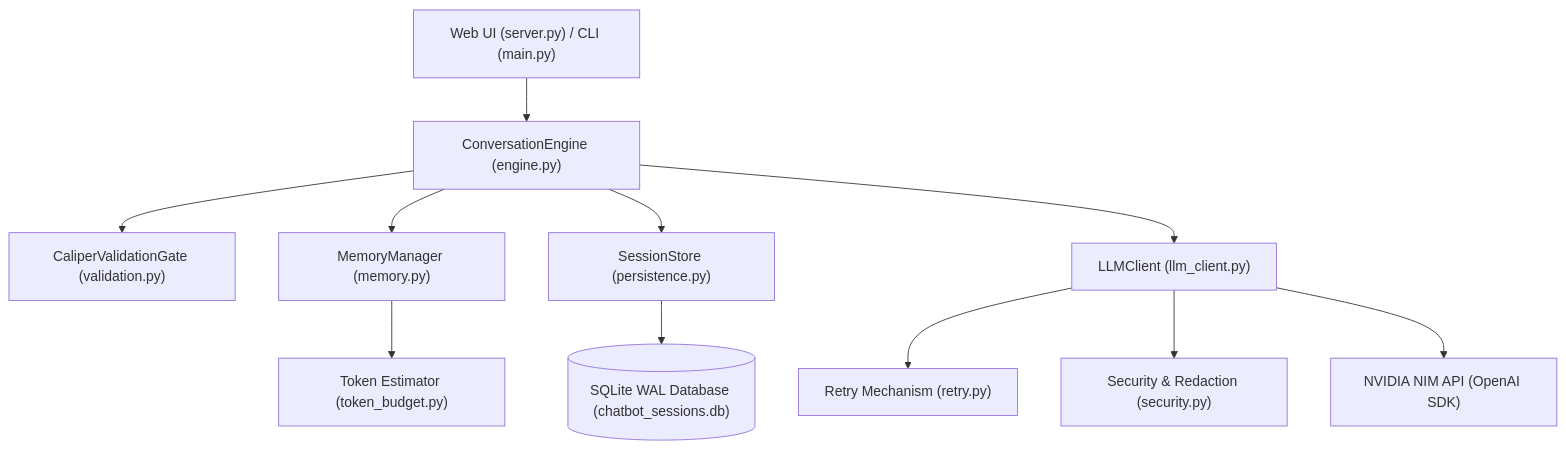
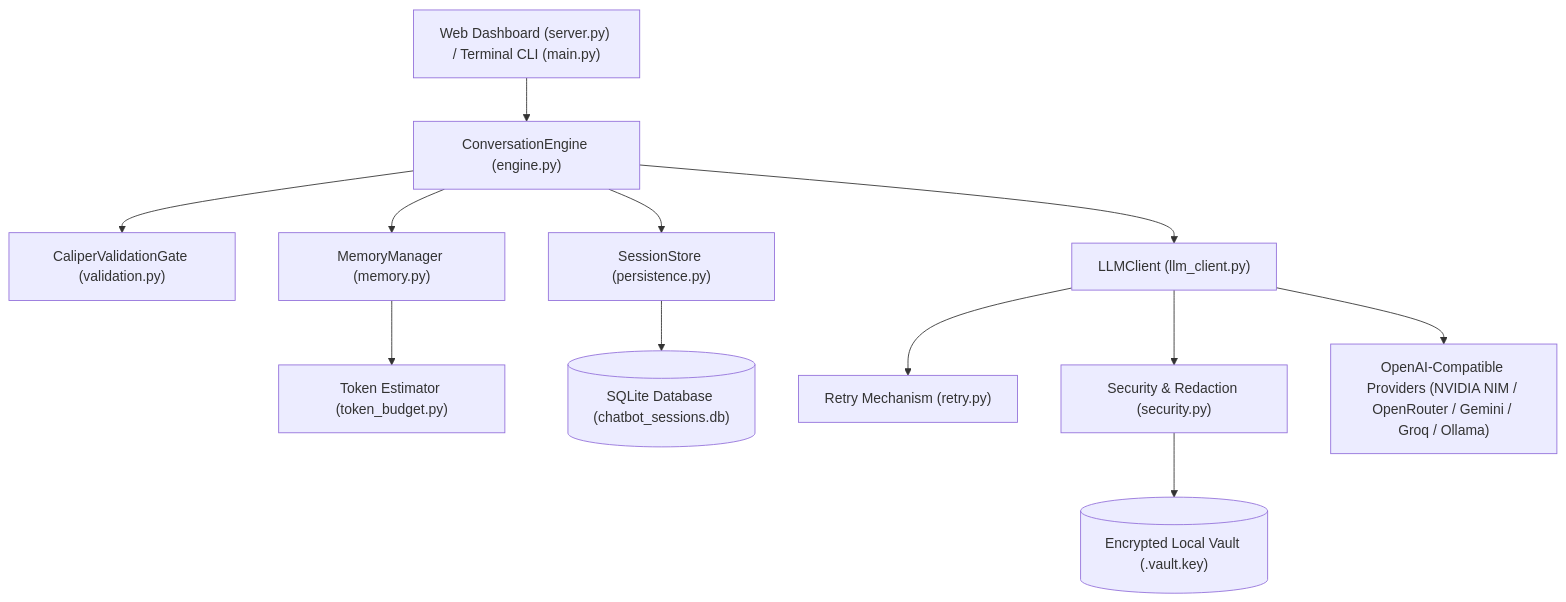
One commit to ZEKT-VII/DecodeLabs-Internship changed the diagram in README.md. Above: the diagram before and after it, drawn with Mermaid. The commit also changed other lines of this file, not shown here.

Commit message:
docs: update README with in-app settings, encrypted local vault, multi-provider presets, and dual memory architecture

````diff
--- a/README.md
+++ b/README.md
@@ -42,13 +58,14 @@
 ```mermaid
 graph TD
-    A["Web UI (server.py) / CLI (main.py)"] --> B["ConversationEngine (engine.py)"]
+    A["Web Dashboard (server.py) / Terminal CLI (main.py)"] --> B["ConversationEngine (engine.py)"]
     B --> C["CaliperValidationGate (validation.py)"]
     B --> D["MemoryManager (memory.py)"]
     B --> E["SessionStore (persistence.py)"]
     B --> F["LLMClient (llm_client.py)"]
     D --> G["Token Estimator (token_budget.py)"]
     F --> H["Retry Mechanism (retry.py)"]
     F --> I["Security & Redaction (security.py)"]
-    E --> J[("SQLite WAL Database (chatbot_sessions.db)")]
-    F --> K["NVIDIA NIM API (OpenAI SDK)"]
+    E --> J[("SQLite Database (chatbot_sessions.db)")]
+    I --> K[("Encrypted Local Vault (.vault.key)")]
+    F --> L["OpenAI-Compatible Providers (NVIDIA NIM / OpenRouter / Gemini / Groq / Ollama)"]
 ```
````
